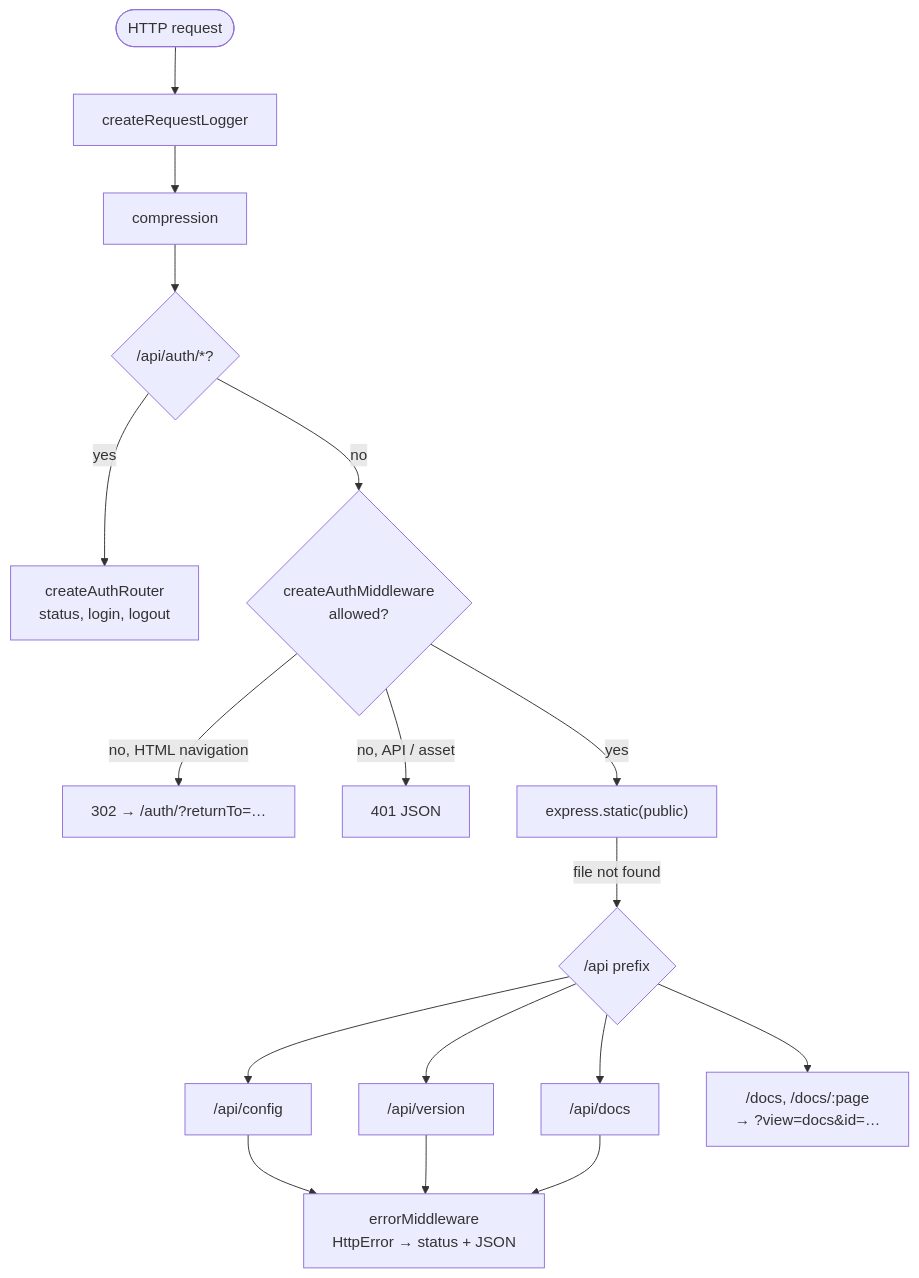
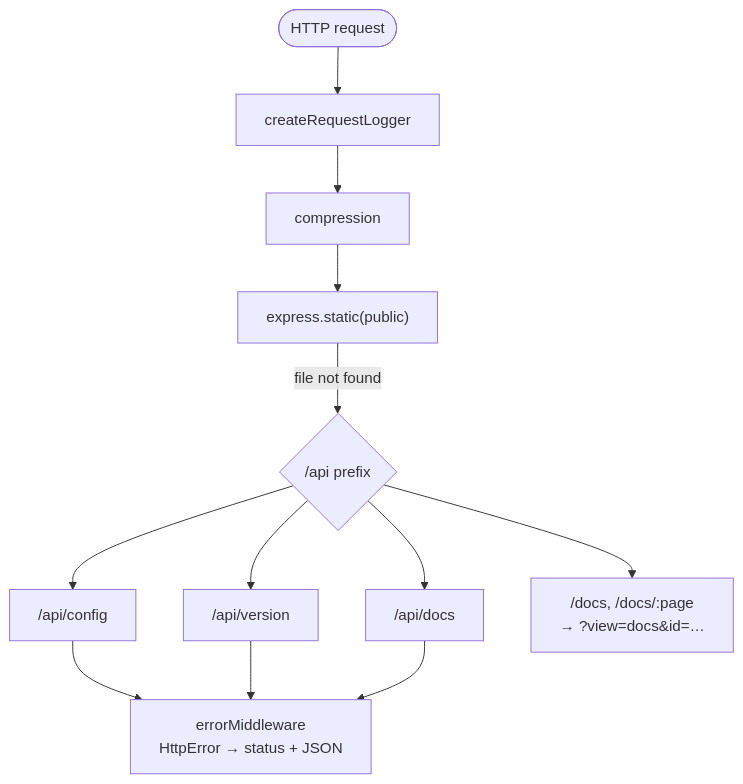
One commit to lumbar-spine-support/docker-haptic-player changed the third of 5 diagrams in docs/developer/server.md. Above: the diagram before and after it, drawn with Mermaid. The commit also changed other lines of this file and 10 other files, not shown here.

````diff
--- a/docs/developer/server.md
+++ b/docs/developer/server.md
@@ -42,17 +43,12 @@
 ```mermaid
 flowchart TD
   Req(["HTTP request"]) --> Log["createRequestLogger"]
   Log --> Comp["compression"]
-  Comp --> AuthR{"/api/auth/*?"}
-  AuthR -- yes --> AuthRouter["createAuthRouter<br/>status, login, logout"]
-  AuthR -- no --> Gate{"createAuthMiddleware<br/>allowed?"}
-  Gate -- "no, HTML navigation" --> Redirect["302 → /auth/?returnTo=…"]
-  Gate -- "no, API / asset" --> U401["401 JSON"]
-  Gate -- yes --> Static["express.static(public)"]
+  Comp --> Static["express.static(public)"]
   Static -- "file not found" --> Api{"/api prefix"}
   Api --> Config["/api/config"]
   Api --> Ver["/api/version"]
   Api --> DocsR["/api/docs"]
   Api --> DocsRedirect["/docs, /docs/:page<br/>→ ?view=docs&id=…"]
   Config & Ver & DocsR --> Err["errorMiddleware<br/>HttpError → status + JSON"]
 ```
````
